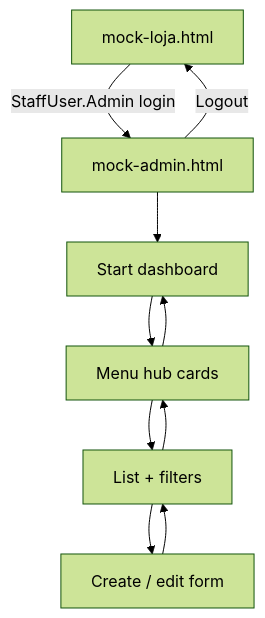
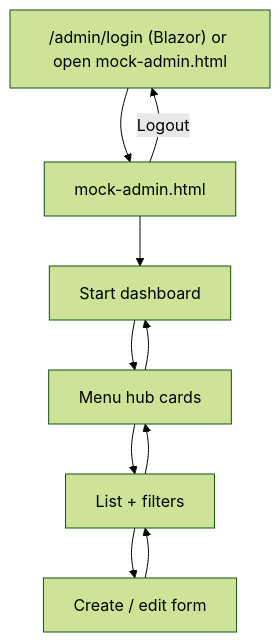
One commit to adminsense/WebShopABMATIC changed the diagram in readme/MOCK_PROTOTYPE_GUIDE.md. Above: the diagram before and after it, drawn with Mermaid (forest theme). The commit also changed other lines of this file and 7 other files, not shown here.

````diff
--- a/readme/MOCK_PROTOTYPE_GUIDE.md
+++ b/readme/MOCK_PROTOTYPE_GUIDE.md
@@ -88,12 +101,12 @@
 ```mermaid
 flowchart TD
-  Store[mock-loja.html] -->|StaffUser.Admin login| Admin[mock-admin.html]
+  Login["/admin/login (Blazor) or open mock-admin.html"] --> Admin[mock-admin.html]
   Admin --> Dash[Start dashboard]
   Dash --> HubView[Menu hub cards]
   HubView --> List[List + filters]
   List --> Form[Create / edit form]
   Form --> List
   List --> HubView
   HubView --> Dash
-  Admin -->|Logout| Store
+  Admin -->|Logout| Login
 ```
````
